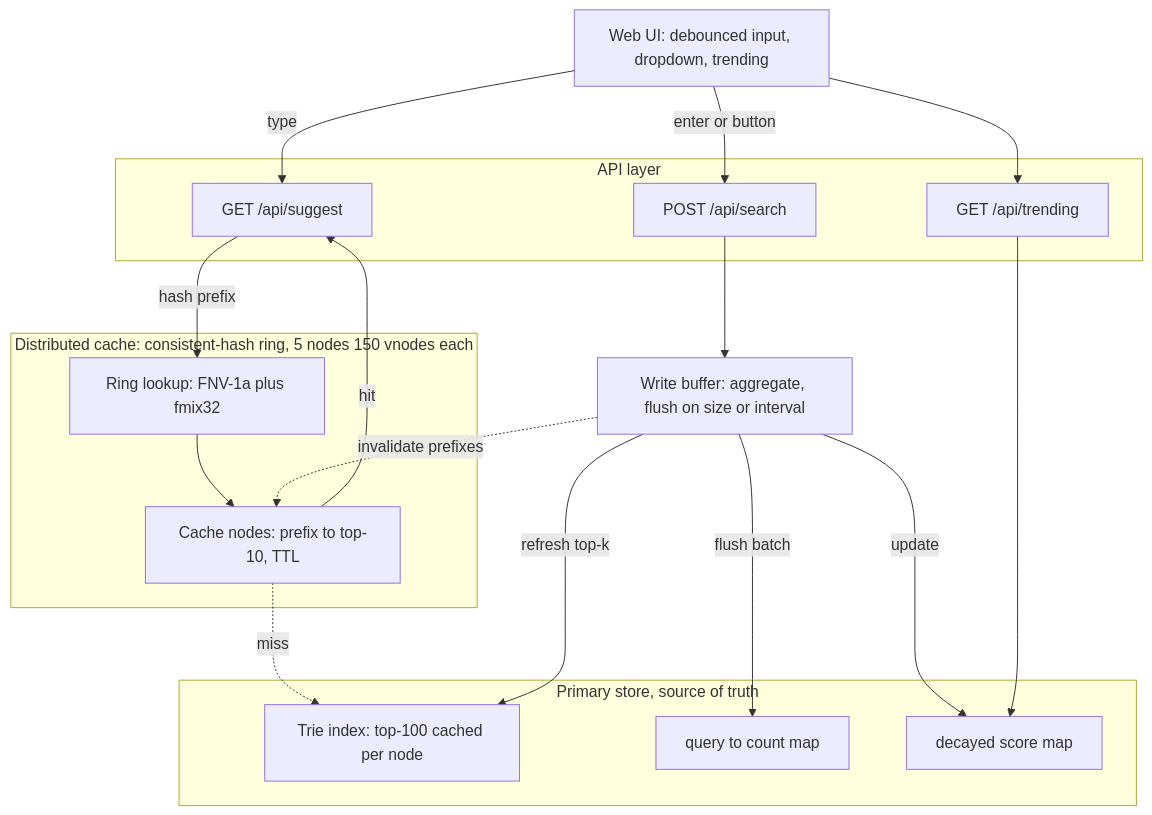
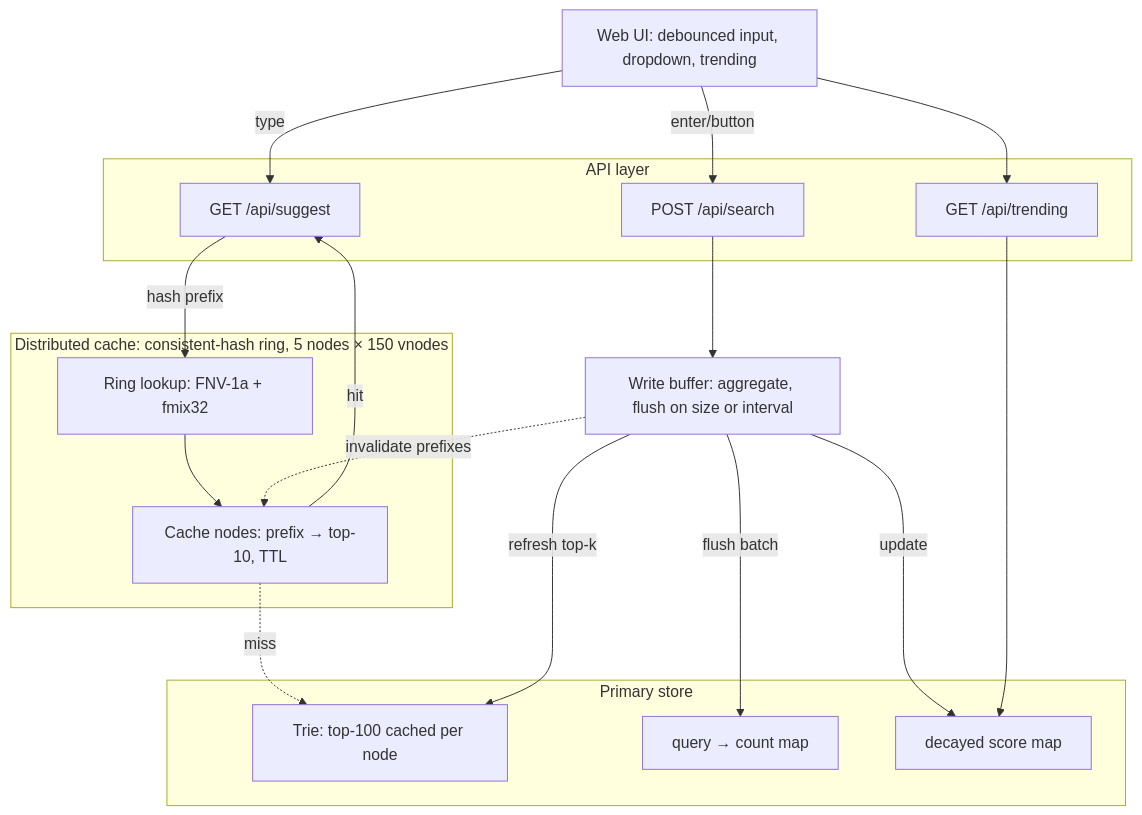
One commit to u7k4rs6/search-typeahead changed the diagram in README.md. Above: the diagram before and after it, drawn with Mermaid. The commit also changed other lines of this file and 3 other files, not shown here.

````diff
--- a/README.md
+++ b/README.md
@@ -9,40 +25,40 @@
 ```mermaid
 flowchart TB
     UI["Web UI: debounced input, dropdown, trending"]
 
     subgraph API["API layer"]
         SUG["GET /api/suggest"]
         SRCH["POST /api/search"]
         TRN["GET /api/trending"]
     end
 
-    subgraph CACHE["Distributed cache: consistent-hash ring, 5 nodes 150 vnodes each"]
-        RING["Ring lookup: FNV-1a plus fmix32"]
-        NODES["Cache nodes: prefix to top-10, TTL"]
+    subgraph CACHE["Distributed cache: consistent-hash ring, 5 nodes × 150 vnodes"]
+        RING["Ring lookup: FNV-1a + fmix32"]
+        NODES["Cache nodes: prefix → top-10, TTL"]
     end
 
-    subgraph STORE["Primary store, source of truth"]
-        TRIE["Trie index: top-100 cached per node"]
-        CNT["query to count map"]
+    subgraph STORE["Primary store"]
+        TRIE["Trie: top-100 cached per node"]
+        CNT["query → count map"]
         DEC["decayed score map"]
     end
 
     BUF["Write buffer: aggregate, flush on size or interval"]
 
     UI -->|type| SUG
-    UI -->|enter or button| SRCH
+    UI -->|enter/button| SRCH
     UI --> TRN
 
     SUG -->|hash prefix| RING
     RING --> NODES
     NODES -.->|miss| TRIE
     NODES -->|hit| SUG
 
     SRCH --> BUF
     BUF -->|flush batch| CNT
     BUF -->|refresh top-k| TRIE
     BUF -->|update| DEC
     BUF -.->|invalidate prefixes| NODES
 
     TRN --> DEC
 ```
````
